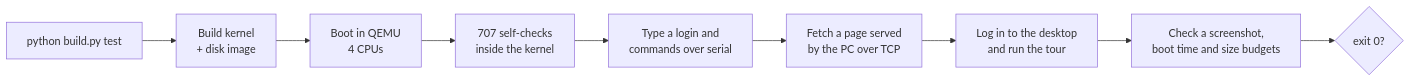
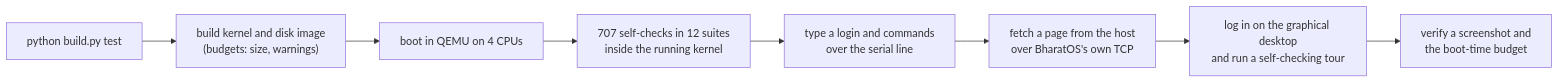
Before and after one commit to Siddhesh-source/NexusOS--a-custom-operating-system: the second of 3 diagrams in README.md, drawn with Mermaid. The commit also changed other lines of this file and 2 other files, not shown here.

````diff
--- a/README.md
+++ b/README.md
@@ -108,11 +101,10 @@
 ```mermaid
 flowchart LR
-    A[python build.py test] --> B[Build kernel<br/>+ disk image]
-    B --> C[Boot in QEMU<br/>4 CPUs]
-    C --> D[707 self-checks<br/>inside the kernel]
-    D --> E[Type a login and<br/>commands over serial]
-    E --> F[Fetch a page served<br/>by the PC over TCP]
-    F --> G[Log in to the desktop<br/>and run the tour]
-    G --> H[Check a screenshot,<br/>boot time and size budgets]
-    H --> I{exit 0?}
+    A["python build.py test"] --> B["build kernel and disk image<br/>(budgets: size, warnings)"]
+    B --> C["boot in QEMU on 4 CPUs"]
+    C --> D["707 self-checks in 12 suites<br/>inside the running kernel"]
+    D --> E["type a login and commands<br/>over the serial line"]
+    E --> F["fetch a page from the host<br/>over BharatOS's own TCP"]
+    F --> G["log in on the graphical desktop<br/>and run a self-checking tour"]
+    G --> H["verify a screenshot and<br/>the boot-time budget"]
 ```
````
